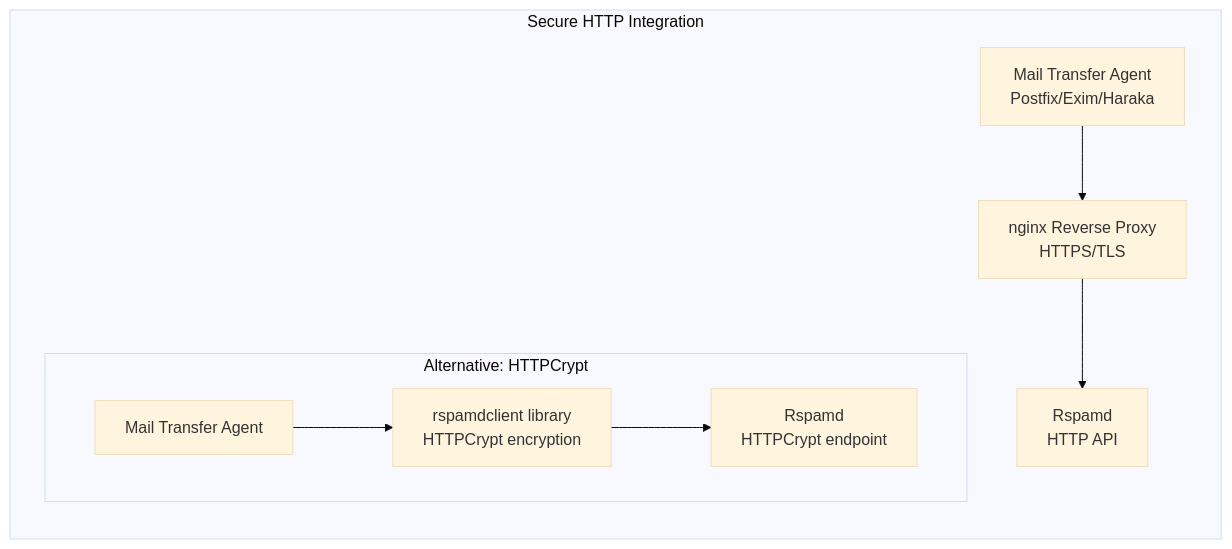
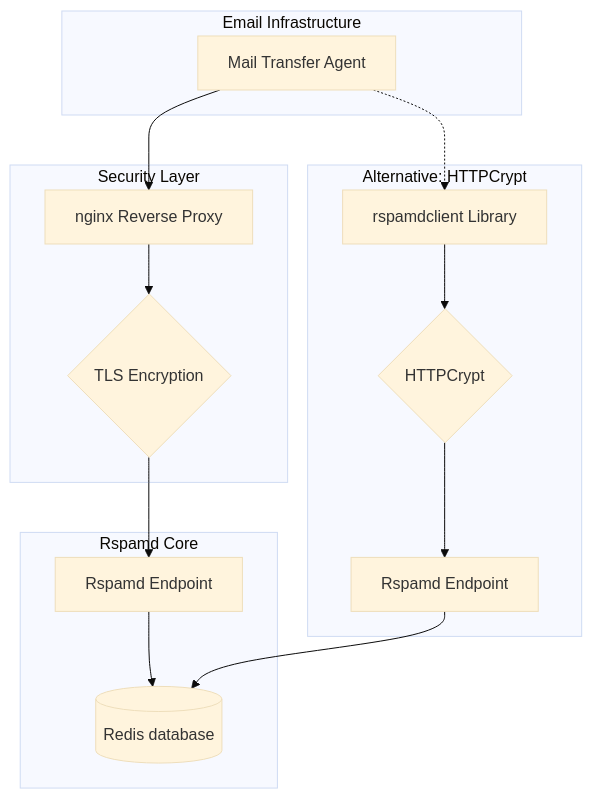
One commit to rspamd/docs.rspamd.com changed the first of 2 diagrams in docs/tutorials/integration.md. Above: the diagram before and after it, drawn with Mermaid (base theme). The commit also changed other lines of this file and 1 other file, not shown here.

Commit message:
Really fix diagrams

````diff
--- a/docs/tutorials/integration.md
+++ b/docs/tutorials/integration.md
@@ -34,12 +34,32 @@
 ```mermaid
-graph LR
-    subgraph "Secure HTTP Integration"
-        MTA[Mail Transfer Agent<br/>Postfix/Exim/Haraka] --> nginx[nginx Reverse Proxy<br/>HTTPS/TLS]
-        nginx --> rspamd[Rspamd<br/>HTTP API]
-        
-        subgraph "Alternative: HTTPCrypt"
-            MTA2[Mail Transfer Agent] --> rspamdclient[rspamdclient library<br/>HTTPCrypt encryption]
-            rspamdclient --> rspamd2[Rspamd<br/>HTTPCrypt endpoint]
-        end
+graph TD
+    subgraph "Email Infrastructure"
+        MTA[Mail Transfer Agent]
     end
+    
+    subgraph "Security Layer"
+        nginx[nginx Reverse Proxy]
+        tls{TLS Encryption}
+    end
+    
+    subgraph "Rspamd Core"
+        rspamd[Rspamd Endpoint]
+        redis[(Redis database)]
+    end
+    
+    subgraph "Alternative: HTTPCrypt"
+        client[rspamdclient Library]
+        crypt{HTTPCrypt}
+        rspamd2[Rspamd Endpoint]
+    end
+    
+    MTA --> nginx
+    nginx --> tls
+    tls --> rspamd
+    rspamd --> redis
+    
+    MTA -.-> client
+    client --> crypt
+    crypt --> rspamd2
+    rspamd2 --> redis
 ```
````
